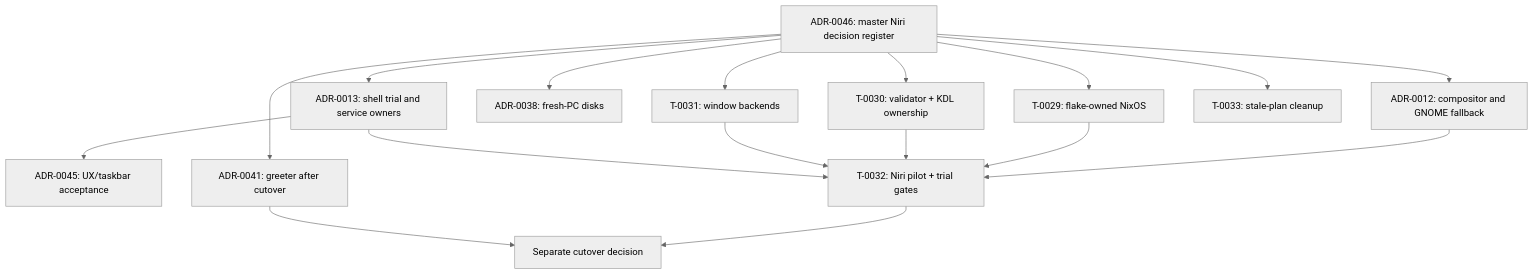
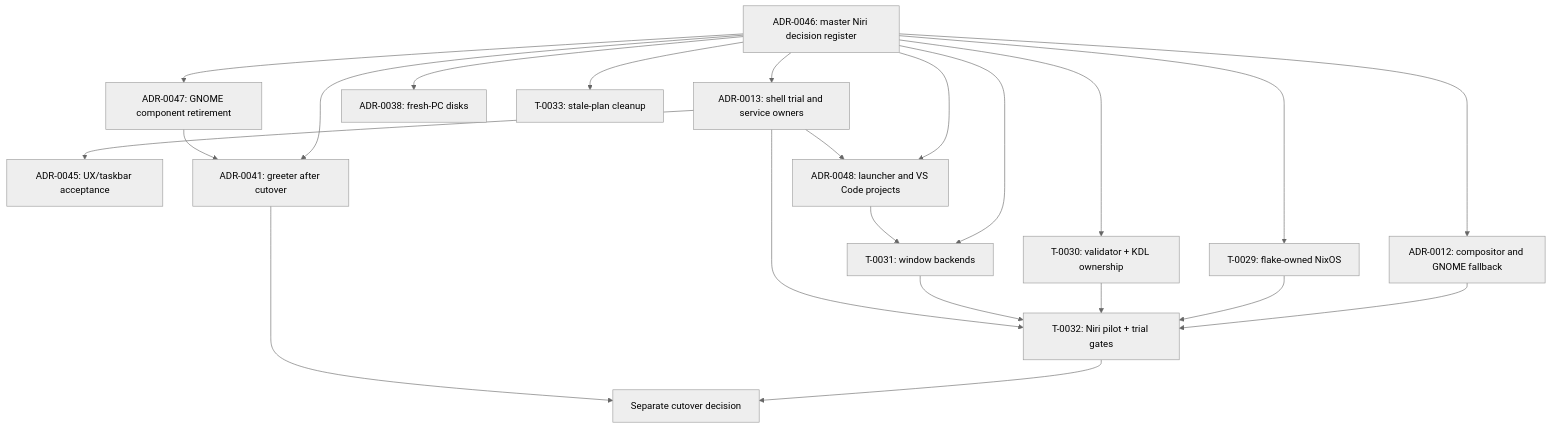
One commit to UtmostCreator/app-configs changed the diagram in docs/architecture/decisions/0046-niri-desktop-installation-decision-register.md. Above: the diagram before and after it, drawn with Mermaid (neutral theme).

Commit message:
docs(adr): connect GNOME removal and launcher decision nodes in migration dependency map

````diff
--- a/docs/architecture/decisions/0046-niri-desktop-installation-decision-register.md
+++ b/docs/architecture/decisions/0046-niri-desktop-installation-decision-register.md
@@ -194,30 +194,37 @@
 ```mermaid
 flowchart TD
   M["ADR-0046: master Niri decision register"]
   A12["ADR-0012: compositor and GNOME fallback"]
   A13["ADR-0013: shell trial and service owners"]
   A45["ADR-0045: UX/taskbar acceptance"]
+  A47["ADR-0047: GNOME component retirement"]
+  A48["ADR-0048: launcher and VS Code projects"]
   A41["ADR-0041: greeter after cutover"]
   A38["ADR-0038: fresh-PC disks"]
   T29["T-0029: flake-owned NixOS"]
   T30["T-0030: validator + KDL ownership"]
   T31["T-0031: window backends"]
   T32["T-0032: Niri pilot + trial gates"]
   T33["T-0033: stale-plan cleanup"]
   M --> A12
   M --> A13
+  M --> A47
+  M --> A48
   M --> A41
   M --> A38
   M --> T29
   M --> T30
   M --> T31
   M --> T33
   A13 --> A45
+  A13 --> A48
+  A47 --> A41
+  A48 --> T31
   A12 --> T32
   T29 --> T32
   T30 --> T32
   T31 --> T32
   A13 --> T32
   T32 --> CUT["Separate cutover decision"]
   A41 --> CUT
 ```
````
